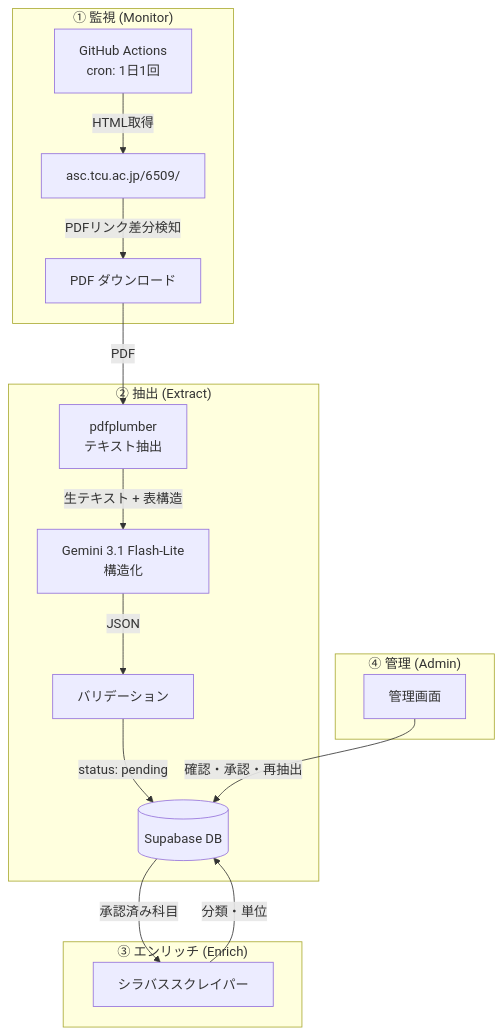
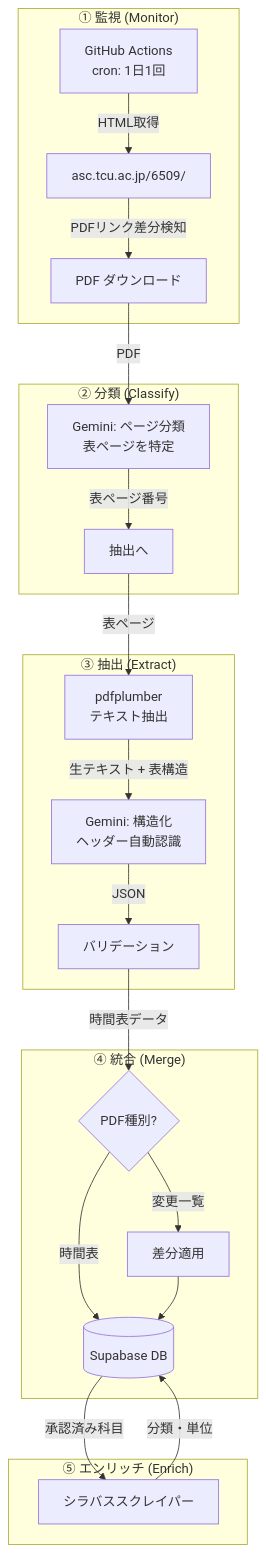
One commit to nahcaru/tcu-time changed the first of 2 diagrams in Docs/01_data_pipeline.md. Above: the diagram before and after it, drawn with Mermaid. The commit also changed other lines of this file and 55 other files, not shown here.

````diff
--- a/Docs/01_data_pipeline.md
+++ b/Docs/01_data_pipeline.md
@@ -7,23 +7,30 @@
 ```mermaid
 graph TD
     subgraph "① 監視 (Monitor)"
         M[GitHub Actions<br/>cron: 1日1回] -->|HTML取得| W["asc.tcu.ac.jp/6509/"]
         W -->|PDFリンク差分検知| DL[PDF ダウンロード]
     end
 
-    subgraph "② 抽出 (Extract)"
-        DL -->|PDF| PB[pdfplumber<br/>テキスト抽出]
-        PB -->|生テキスト + 表構造| LLM[Gemini 3.1 Flash-Lite<br/>構造化]
-        LLM -->|JSON| V[バリデーション]
-        V -->|status: pending| DB[(Supabase DB)]
+    subgraph "② 分類 (Classify)"
+        DL -->|PDF| CL[Gemini: ページ分類<br/>表ページを特定]
+        CL -->|表ページ番号| EX[抽出へ]
     end
 
-    subgraph "③ エンリッチ (Enrich)"
+    subgraph "③ 抽出 (Extract)"
+        EX -->|表ページ| PB[pdfplumber<br/>テキスト抽出]
+        PB -->|生テキスト + 表構造| LLM[Gemini: 構造化<br/>ヘッダー自動認識]
+        LLM -->|JSON| V[バリデーション]
+    end
+
+    subgraph "④ 統合 (Merge)"
+        V -->|時間表データ| MG{PDF種別?}
+        MG -->|時間表| DB[(Supabase DB)]
+        MG -->|変更一覧| DIFF[差分適用]
+        DIFF --> DB
+    end
+
+    subgraph "⑤ エンリッチ (Enrich)"
         DB -->|承認済み科目| SC[シラバススクレイパー]
         SC -->|分類・単位| DB
     end
-
-    subgraph "④ 管理 (Admin)"
-        ADMIN[管理画面] -->|確認・承認・再抽出| DB
-    end
 ```
````
